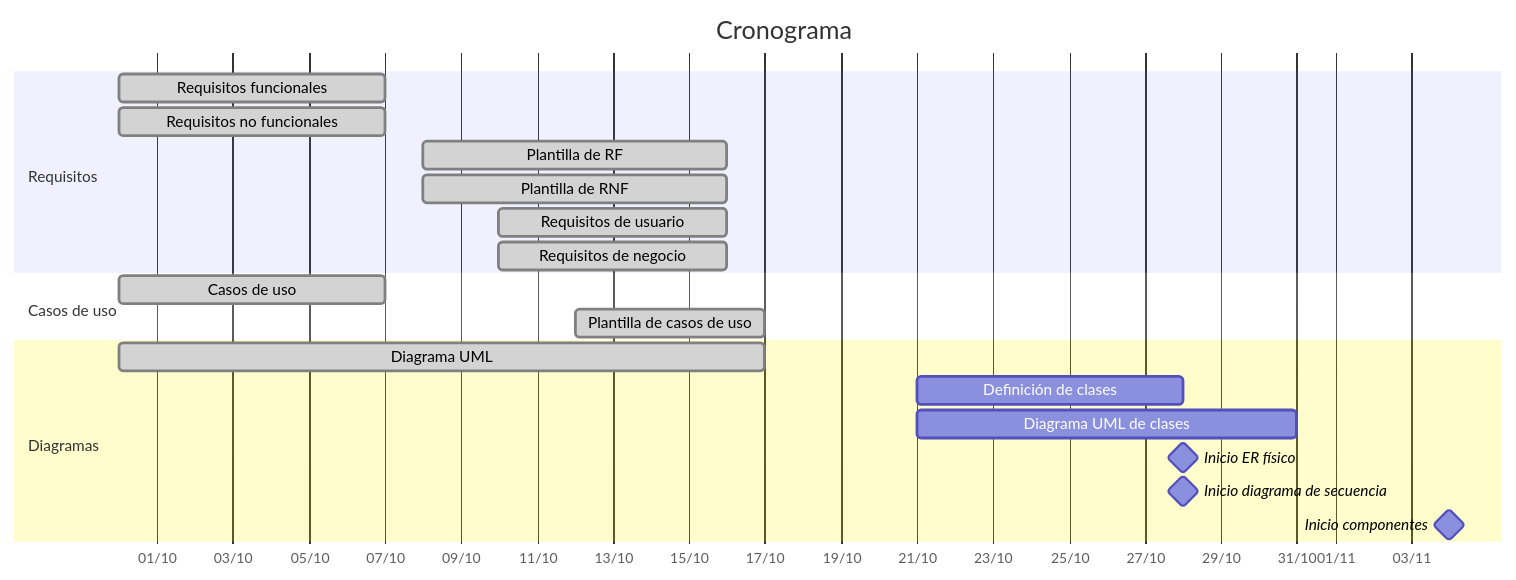
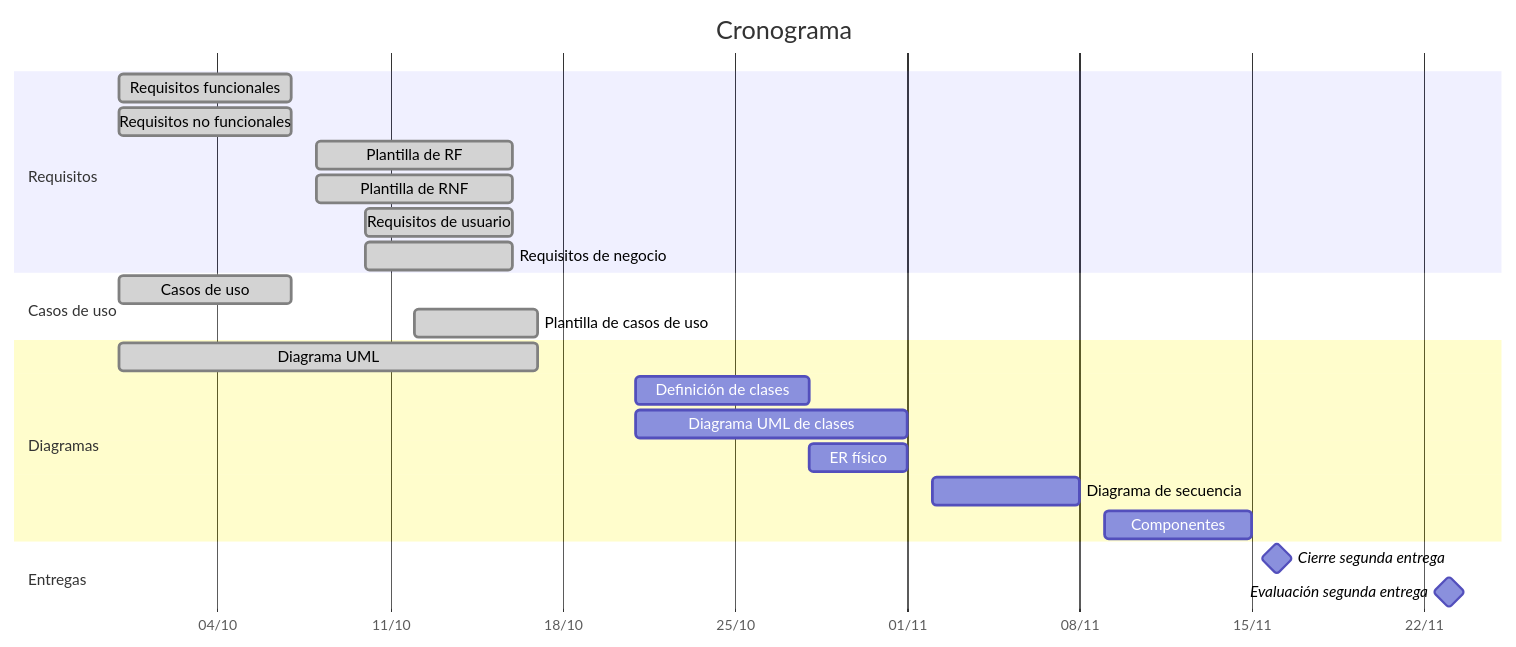
The diagram in Planificacion/Planificación.md (EVerjanoPerez/Grupo-Al-khwarizmi), drawn with Mermaid before and after one commit. The commit also changed other lines of this file and 1 other file, not shown here.

````diff
--- a/Planificacion/Planificación.md
+++ b/Planificacion/Planificación.md
@@ -56,23 +60,26 @@
 ```mermaid
 gantt
     title Cronograma
     dateFormat YYYY-MM-DD
     axisFormat %d/%m
     section Requisitos
     Requisitos funcionales           :done, rf, 2026-09-30, 2026-10-07
     Requisitos no funcionales        :done, rnf, 2026-09-30, 2026-10-07
     Plantilla de RF                  :done, prf, 2026-10-08, 2026-10-16
     Plantilla de RNF                 :done, prnf, 2026-10-08, 2026-10-16
     Requisitos de usuario            :done, ru, 2026-10-10, 2026-10-16
     Requisitos de negocio            :done, rn, 2026-10-10, 2026-10-16
     section Casos de uso
     Casos de uso                     :done, cu, 2026-09-30, 2026-10-07
     Plantilla de casos de uso        :done, pcu, 2026-10-12, 2026-10-17
     section Diagramas
     Diagrama UML                     :done, uml, 2026-09-30, 2026-10-17
     Definición de clases             :dcl, 2026-10-21, 2026-10-28
-    Diagrama UML de clases           :uc, 2026-10-21, 2026-10-31
-    Inicio ER físico                 :milestone, er, 2026-10-28, 0d
-    Inicio diagrama de secuencia     :milestone, ds, 2026-10-28, 0d
-    Inicio componentes               :milestone, co, 2026-11-04, 0d
+    Diagrama UML de clases           :uc, 2026-10-21, 2026-11-01
+    ER físico                        :er, 2026-10-28, 2026-11-01
+    Diagrama de secuencia            :ds, 2026-11-02, 2026-11-08
+    Componentes                      :co, 2026-11-09, 2026-11-15
+    section Entregas
+    Cierre segunda entrega           :milestone, e2, 2026-11-16, 0d
+    Evaluación segunda entrega       :milestone, ev2, 2026-11-23, 0d
 ```
````
